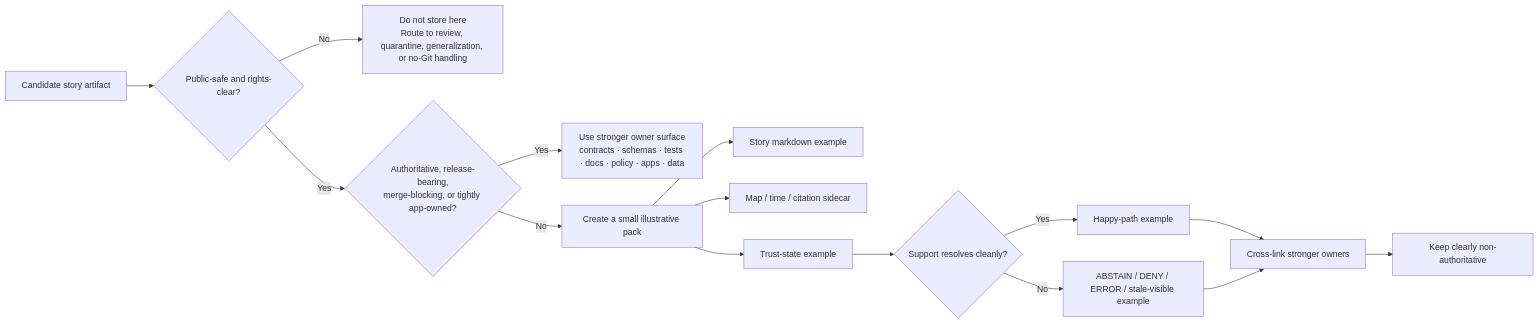
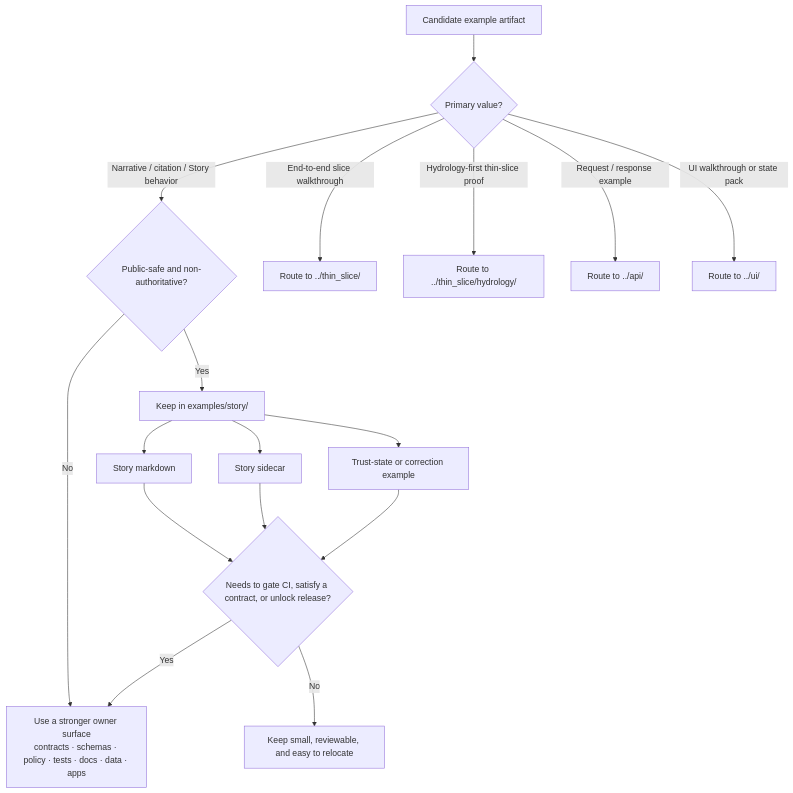
The diagram in examples/story/README.md (bartytime4life/Kansas-Frontier-Matrix), drawn with Mermaid before and after one commit. The commit also changed other lines of this file, not shown here.

````diff
--- a/examples/story/README.md
+++ b/examples/story/README.md
@@ -304,17 +284,24 @@
 ```mermaid
-flowchart LR
-    A[Candidate story artifact] --> B{Public-safe and rights-clear?}
-    B -- No --> X[Do not store here<br/>Route to review, quarantine, generalization, or no-Git handling]
-    B -- Yes --> C{Authoritative, release-bearing,<br/>merge-blocking, or tightly app-owned?}
-    C -- Yes --> Y[Use stronger owner surface<br/>contracts · schemas · tests · docs · policy · apps · data]
-    C -- No --> D[Create a small illustrative pack]
-    D --> E[Story markdown example]
-    D --> F[Map / time / citation sidecar]
-    D --> G[Trust-state example]
-    G --> H{Support resolves cleanly?}
-    H -- Yes --> I[Happy-path example]
-    H -- No --> J[ABSTAIN / DENY / ERROR / stale-visible example]
-    I --> K[Cross-link stronger owners]
-    J --> K
-    K --> L[Keep clearly non-authoritative]
+flowchart TD
+    A[Candidate example artifact] --> B{Primary value?}
+
+    B -- Narrative / citation / Story behavior --> C{Public-safe and non-authoritative?}
+    B -- End-to-end slice walkthrough --> D[Route to ../thin_slice/]
+    B -- Hydrology-first thin-slice proof --> E[Route to ../thin_slice/hydrology/]
+    B -- Request / response example --> F[Route to ../api/]
+    B -- UI walkthrough or state pack --> G[Route to ../ui/]
+
+    C -- No --> H[Use a stronger owner surface<br/>contracts · schemas · policy · tests · docs · data · apps]
+    C -- Yes --> I[Keep in examples/story/]
+
+    I --> J[Story markdown]
+    I --> K[Story sidecar]
+    I --> L[Trust-state or correction example]
+
+    J --> M{Needs to gate CI, satisfy a contract, or unlock release?}
+    K --> M
+    L --> M
+
+    M -- Yes --> H
+    M -- No --> N[Keep small, reviewable, and easy to relocate]
 ```
````
